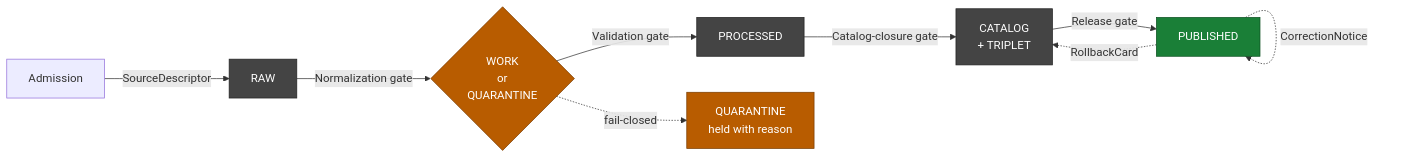
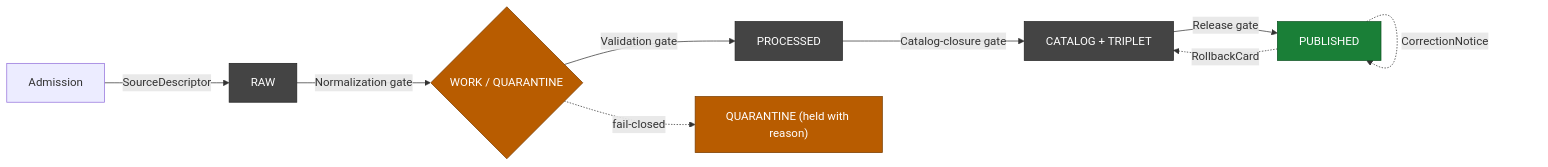
Before and after one commit to bartytime4life/Kansas-Frontier-Matrix: the diagram in docs/domains/roads-rail-trade/DATA_LIFECYCLE.md, drawn with Mermaid. The commit also changed other lines of this file, not shown here.

````diff
--- a/docs/domains/roads-rail-trade/DATA_LIFECYCLE.md
+++ b/docs/domains/roads-rail-trade/DATA_LIFECYCLE.md
@@ -83,18 +91,17 @@
 ```mermaid
 flowchart LR
-    A[Admission] -->|SourceDescriptor| RAW[RAW]
-    RAW -->|Normalization gate| WQ{WORK<br/>or<br/>QUARANTINE}
-    WQ -->|Validation gate| P[PROCESSED]
-    WQ -.->|fail-closed| Q[QUARANTINE<br/>held with reason]
-    P -->|Catalog-closure gate| C[CATALOG<br/>+ TRIPLET]
-    C -->|Release gate| PUB[PUBLISHED]
-    PUB -. CorrectionNotice .-> PUB
-    PUB -. RollbackCard .-> C
-
+    A["Admission"] -->|"SourceDescriptor"| RAW["RAW"]
+    RAW -->|"Normalization gate"| WQ{"WORK / QUARANTINE"}
+    WQ -->|"Validation gate"| P["PROCESSED"]
+    WQ -.->|"fail-closed"| Q["QUARANTINE (held with reason)"]
+    P -->|"Catalog-closure gate"| C["CATALOG + TRIPLET"]
+    C -->|"Release gate"| PUB["PUBLISHED"]
+    PUB -. "CorrectionNotice" .-> PUB
+    PUB -. "RollbackCard" .-> C
     classDef public fill:#1a7f37,stroke:#0f5223,color:#fff;
     classDef internal fill:#444,stroke:#222,color:#fff;
     classDef hold fill:#b85c00,stroke:#7a3d00,color:#fff;
     class PUB public;
     class RAW,P,C internal;
     class WQ,Q hold;
 ```
````
